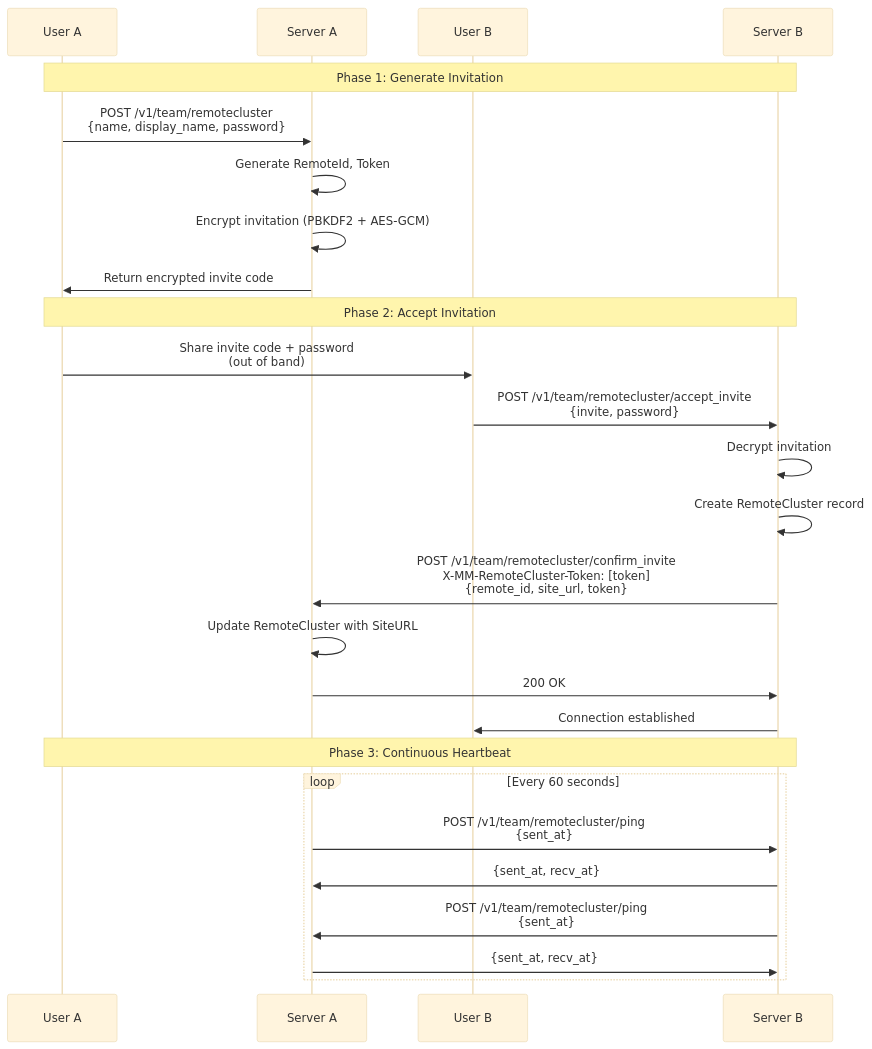
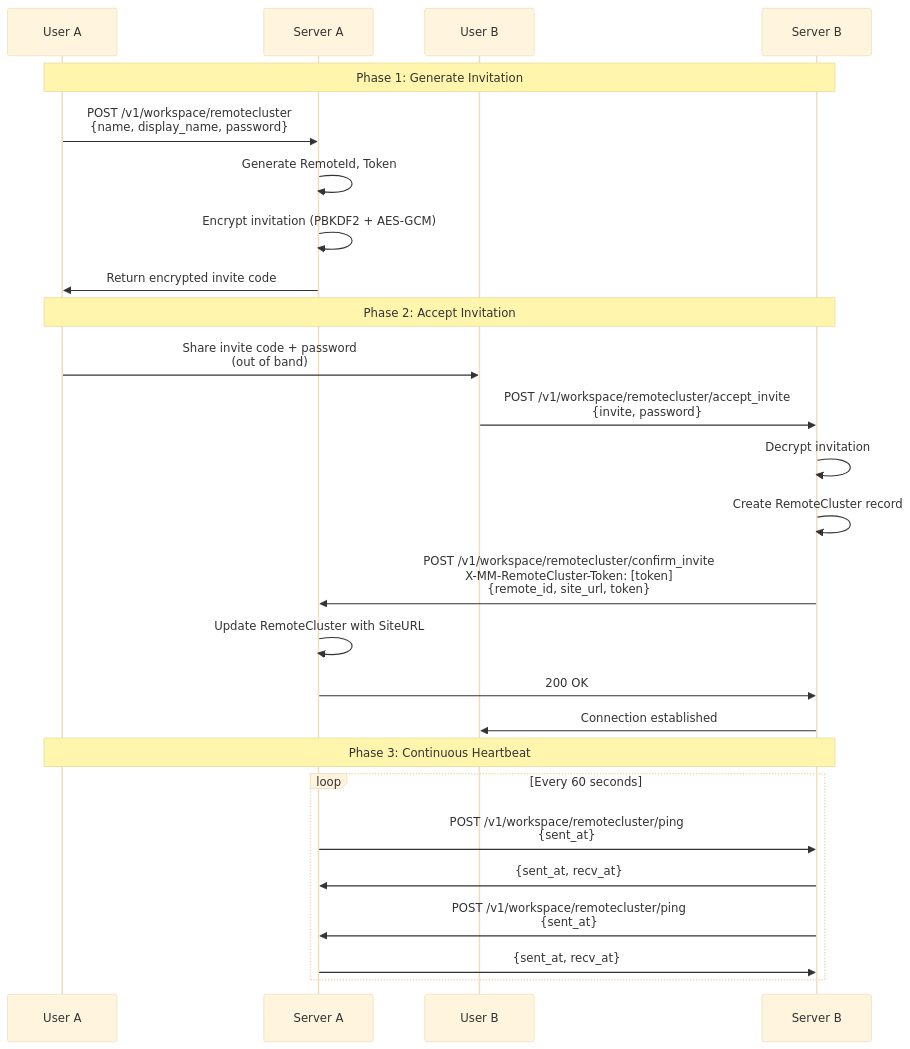
One commit to hanzoai/team changed the third of 7 diagrams in server/platform/services/sharedchannel/README.md. Above: the diagram before and after it, drawn with Mermaid (base theme). The commit also changed other lines of this file and 139 other files, not shown here.

````diff
--- a/server/platform/services/sharedchannel/README.md
+++ b/server/platform/services/sharedchannel/README.md
@@ -153,31 +153,31 @@
 ```mermaid
 sequenceDiagram
     participant UA as User A
     participant SA as Server A
     participant UB as User B
     participant SB as Server B
 
     Note over UA,SB: Phase 1: Generate Invitation
-    UA->>SA: POST /v1/team/remotecluster<br/>{name, display_name, password}
+    UA->>SA: POST /v1/workspace/remotecluster<br/>{name, display_name, password}
     SA->>SA: Generate RemoteId, Token
     SA->>SA: Encrypt invitation (PBKDF2 + AES-GCM)
     SA->>UA: Return encrypted invite code
 
     Note over UA,SB: Phase 2: Accept Invitation
     UA->>UB: Share invite code + password<br/>(out of band)
-    UB->>SB: POST /v1/team/remotecluster/accept_invite<br/>{invite, password}
+    UB->>SB: POST /v1/workspace/remotecluster/accept_invite<br/>{invite, password}
     SB->>SB: Decrypt invitation
     SB->>SB: Create RemoteCluster record
-    SB->>SA: POST /v1/team/remotecluster/confirm_invite<br/>X-MM-RemoteCluster-Token: [token]<br/>{remote_id, site_url, token}
+    SB->>SA: POST /v1/workspace/remotecluster/confirm_invite<br/>X-MM-RemoteCluster-Token: [token]<br/>{remote_id, site_url, token}
     SA->>SA: Update RemoteCluster with SiteURL
     SA->>SB: 200 OK
     SB->>UB: Connection established
 
     Note over UA,SB: Phase 3: Continuous Heartbeat
     loop Every 60 seconds
-        SA->>SB: POST /v1/team/remotecluster/ping<br/>{sent_at}
+        SA->>SB: POST /v1/workspace/remotecluster/ping<br/>{sent_at}
         SB->>SA: {sent_at, recv_at}
-        SB->>SA: POST /v1/team/remotecluster/ping<br/>{sent_at}
+        SB->>SA: POST /v1/workspace/remotecluster/ping<br/>{sent_at}
         SA->>SB: {sent_at, recv_at}
     end
 ```
````
